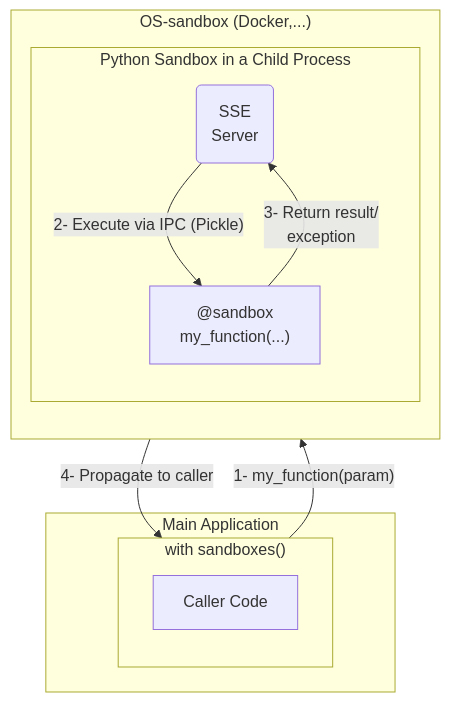
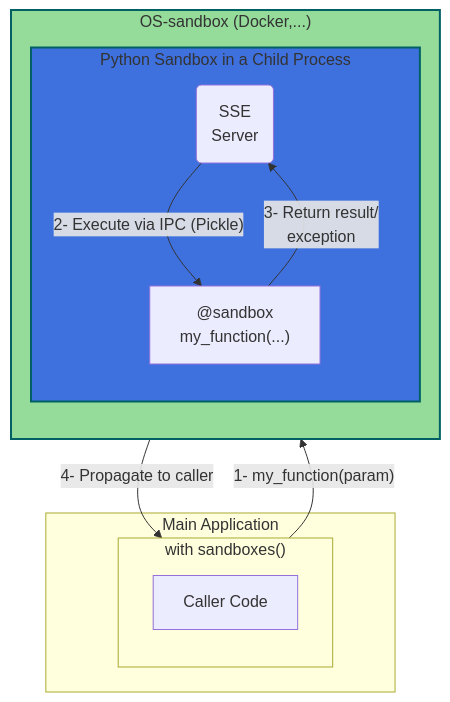
One commit to pprados/pysandboxes changed the second of 2 diagrams in README.md. Above: the diagram before and after it, drawn with Mermaid. The commit also changed other lines of this file and 3 other files, not shown here.

Commit message:
Update the documentations and schema

````diff
--- a/README.md
+++ b/README.md
@@ -171,24 +176,28 @@
 ```mermaid
 flowchart TD
-    subgraph MainApplicationFullPrivileges [Main Application]
+    subgraph MainApplication [Main Application]
         subgraph WithSandboxes ["with sandboxes()"]
             direction TB
             A[Caller Code]
         end
     end
-    subgraph SandboxEnvironment ["OS-sandbox (Docker,...)"]
+    subgraph OSSandbox ["OS-sandbox (Docker,...)"]
         direction TB
-        subgraph OSSandbox [Python Sandbox in a Child Process]
+        subgraph PythonSandbox [Python Sandbox in a Child Process]
             B(SSE<br/>Server)
 
                 C["@sandbox<br/>my_function(...)"]
         end
     end
 
 
     A -- "1- my_function(param)" --> B
     B -- "2- Execute via IPC (Pickle)" --> C
     C -- "3- Return result/<br/>exception" --> B
     B -- "4- Propagate to caller" --> A
 
+    %% 🎨 Style personnalisé pour OSSandbox
+    style OSSandbox fill:#95DB9A,stroke:#006064,stroke-width:2px
+    style PythonSandbox fill:#3E71DE,stroke:#006064,stroke-width:2px
+
 ```
````
